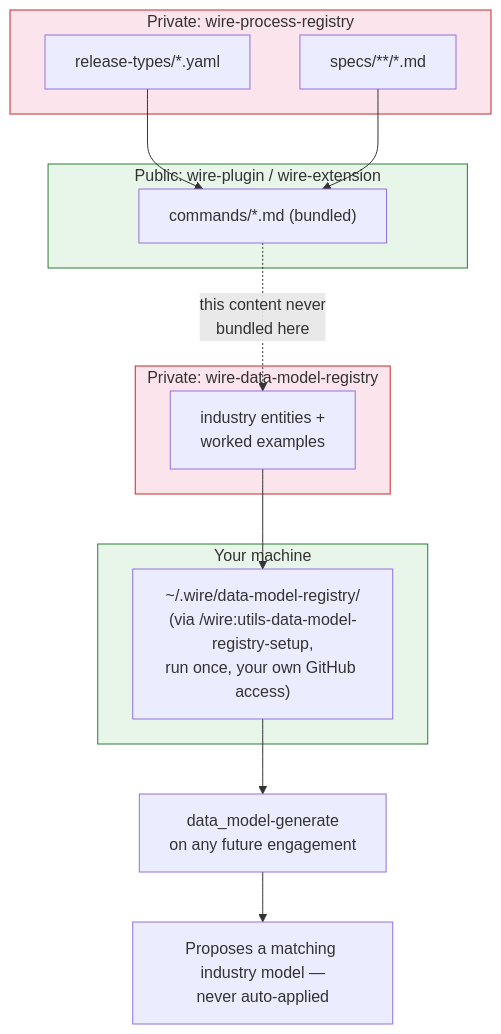
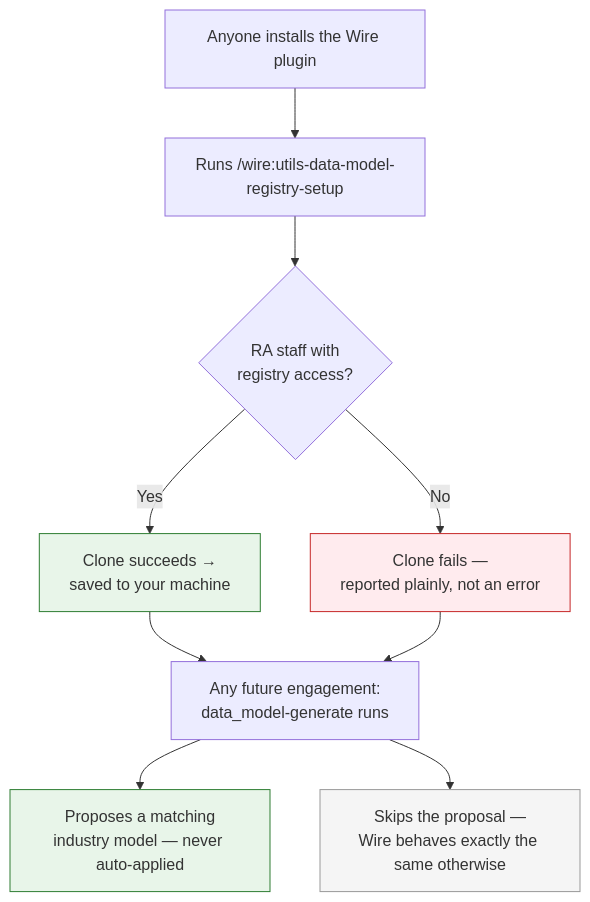
Diagram 17 of 17 in USER_GUIDE.md (rittmananalytics/wire-plugin-preview), drawn with Mermaid before and after one commit. The commit also changed other lines of this file and 1 other file, not shown here.

Commit message:
Wire Framework plugin v4.0.0-preview — split registry diagrams, add RA-vs-non-RA branch
The two registries had been combined into one mermaid diagram implying a
relationship that doesn't exist. Split into two standalone diagrams; the
data model registry one now shows the actual branch that matters — RA
staff with access vs. anyone else — instead of a dev-mode/personal-mode
split that didn't map to it.

````diff
--- a/USER_GUIDE.md
+++ b/USER_GUIDE.md
@@ -4517,28 +4529,20 @@
 ```mermaid
 flowchart TB
-    subgraph priv1["Private: wire-process-registry"]
-        RT["release-types/*.yaml"]
-        SP["specs/**/*.md"]
-    end
-    subgraph pub["Public: wire-plugin / wire-extension"]
-        CMDS["commands/*.md (bundled)"]
-    end
-    RT --> CMDS
-    SP --> CMDS
+    START["Anyone installs the Wire plugin"]
+    CMD["Runs /wire:utils-data-model-registry-setup"]
+    CHECK{"RA staff with<br/>registry access?"}
+    YES["Clone succeeds →<br/>saved to your machine"]
+    NO["Clone fails —<br/>reported plainly, not an error"]
+    GEN["Any future engagement:<br/>data_model-generate runs"]
+    PROPOSE["Proposes a matching<br/>industry model — never auto-applied"]
+    SKIP["Skips the proposal —<br/>Wire behaves exactly the same otherwise"]
 
-    subgraph priv2["Private: wire-data-model-registry"]
-        DMR["industry entities +<br/>worked examples"]
-    end
-    subgraph personal["Your machine"]
-        HOME["~/.wire/data-model-registry/<br/>(via /wire:utils-data-model-registry-setup,<br/>run once, your own GitHub access)"]
-    end
-    DMR --> HOME
-    CMDS -.->|"this content never<br/>bundled here"| DMR
-    HOME --> GEN["data_model-generate<br/>on any future engagement"]
-    GEN --> RESULT["Proposes a matching industry model —<br/>never auto-applied"]
+    START --> CMD --> CHECK
+    CHECK -->|Yes| YES --> GEN --> PROPOSE
+    CHECK -->|No| NO --> GEN --> SKIP
 
-    style priv1 fill:#fce4ec,stroke:#c62828
-    style priv2 fill:#fce4ec,stroke:#c62828
-    style pub fill:#e8f5e9,stroke:#2e7d32
-    style personal fill:#e8f5e9,stroke:#2e7d32
+    style YES fill:#e8f5e9,stroke:#2e7d32
+    style NO fill:#ffebee,stroke:#c62828
+    style PROPOSE fill:#e8f5e9,stroke:#2e7d32
+    style SKIP fill:#f5f5f5,stroke:#999
 ```
````
